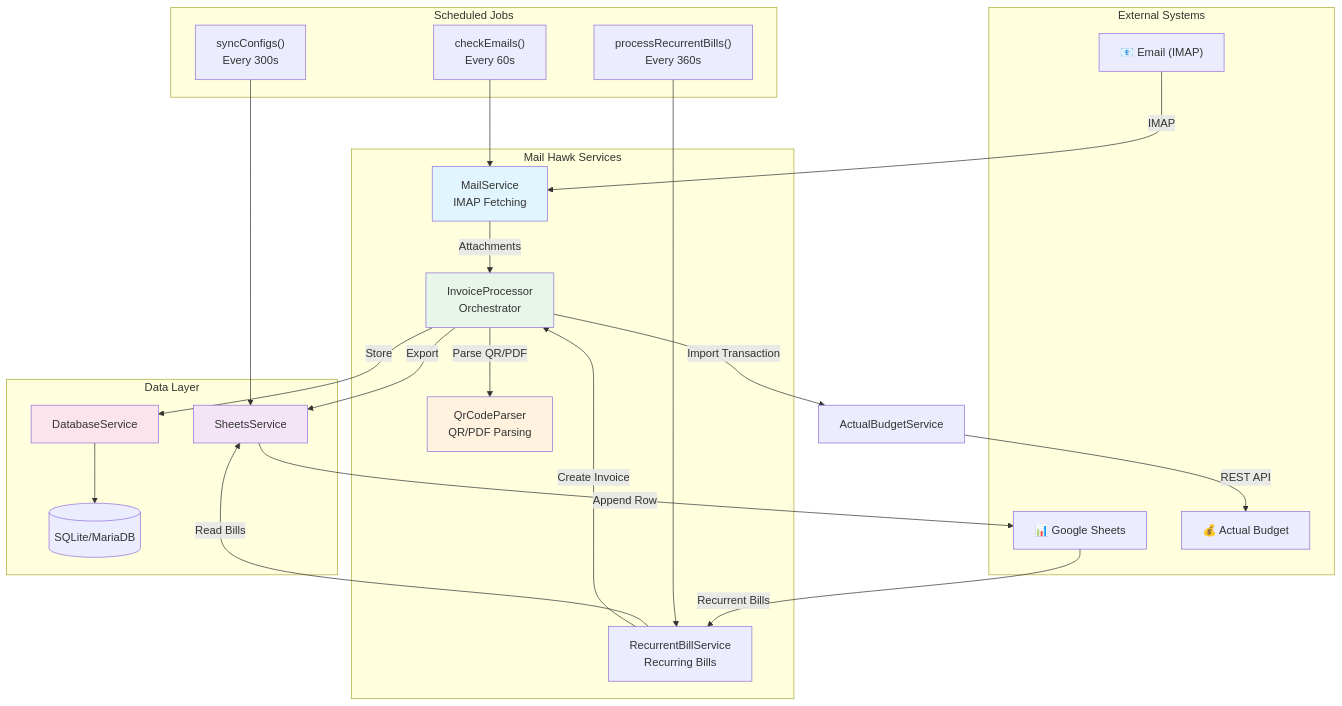
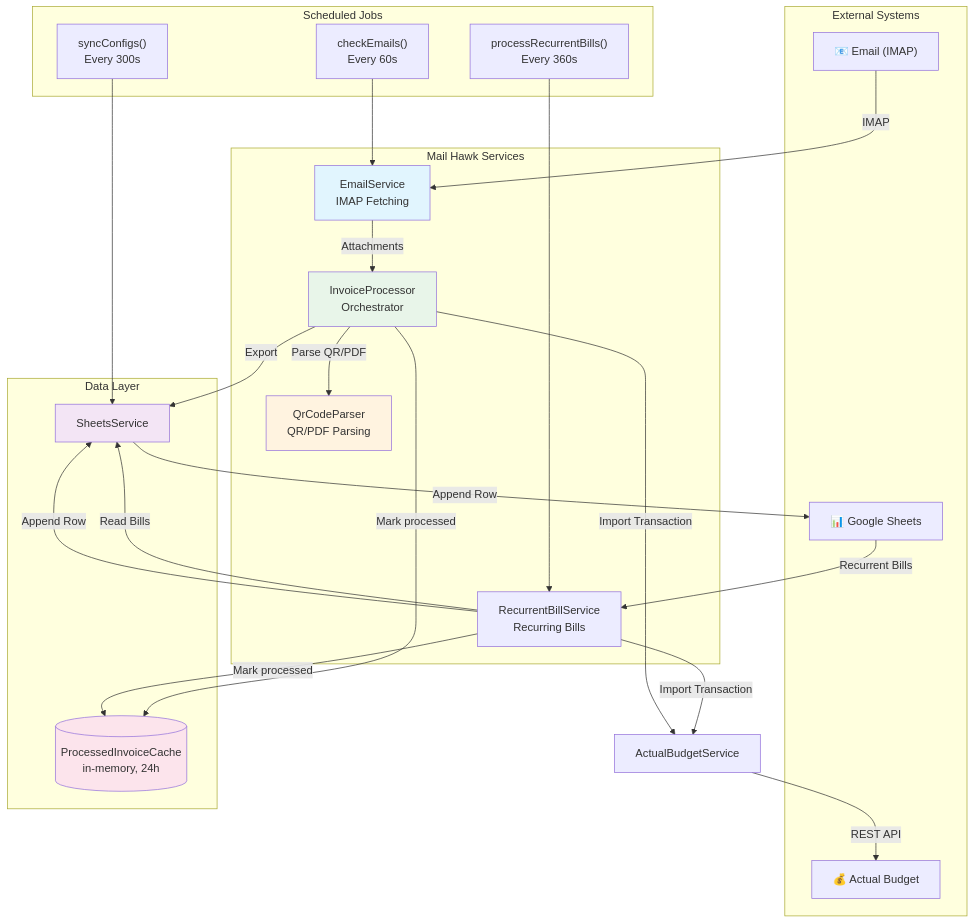
One commit to amfalmeida/mail-hawk changed the diagram in README.md. Above: the diagram before and after it, drawn with Mermaid. The commit also changed other lines of this file and 3 other files, not shown here.

````diff
--- a/README.md
+++ b/README.md
@@ -42,52 +42,52 @@
 ```mermaid
 graph TB
     subgraph External["External Systems"]
         Email["📧 Email (IMAP)"]
         GSheets["📊 Google Sheets"]
         ActualBudget["💰 Actual Budget"]
     end
 
     subgraph Core["Mail Hawk Services"]
-        MailService["MailService<br/>IMAP Fetching"]
+        EmailService["EmailService<br/>IMAP Fetching"]
         InvoiceProcessor["InvoiceProcessor<br/>Orchestrator"]
         QrCodeParser["QrCodeParser<br/>QR/PDF Parsing"]
         RecurrentBillService["RecurrentBillService<br/>Recurring Bills"]
     end
 
     subgraph Storage["Data Layer"]
-        DatabaseService["DatabaseService"]
-        SQLite[("SQLite/MariaDB")]
+        ProcessedInvoiceCache[("ProcessedInvoiceCache<br/>in-memory, 24h")]
         SheetsService["SheetsService"]
     end
 
     subgraph Schedulers["Scheduled Jobs"]
         CheckEmails["checkEmails()<br/>Every 60s"]
         SyncConfigs["syncConfigs()<br/>Every 300s"]
         CheckRecurrent["processRecurrentBills()<br/>Every 360s"]
     end
 
-    Email -->|IMAP| MailService
-    MailService -->|Attachments| InvoiceProcessor
+    Email -->|IMAP| EmailService
+    EmailService -->|Attachments| InvoiceProcessor
     InvoiceProcessor -->|Parse QR/PDF| QrCodeParser
-    InvoiceProcessor -->|Store| DatabaseService
-    DatabaseService --> SQLite
+    InvoiceProcessor -->|Mark processed| ProcessedInvoiceCache
     InvoiceProcessor -->|Export| SheetsService
     SheetsService -->|Append Row| GSheets
     
     RecurrentBillService -->|Read Bills| SheetsService
     GSheets -->|Recurrent Bills| RecurrentBillService
-    RecurrentBillService -->|Create Invoice| InvoiceProcessor
+    RecurrentBillService -->|Append Row| SheetsService
+    RecurrentBillService -->|Import Transaction| ActualBudgetService
+    RecurrentBillService -->|Mark processed| ProcessedInvoiceCache
     
     InvoiceProcessor -->|Import Transaction| ActualBudgetService
     ActualBudgetService -->|REST API| ActualBudget
 
-    CheckEmails --> MailService
+    CheckEmails --> EmailService
     SyncConfigs --> SheetsService
     CheckRecurrent --> RecurrentBillService
 
-    style MailService fill:#e1f5fe
+    style EmailService fill:#e1f5fe
     style InvoiceProcessor fill:#e8f5e9
     style QrCodeParser fill:#fff3e0
-    style DatabaseService fill:#fce4ec
+    style ProcessedInvoiceCache fill:#fce4ec
     style SheetsService fill:#f3e5f5
 ```
````
